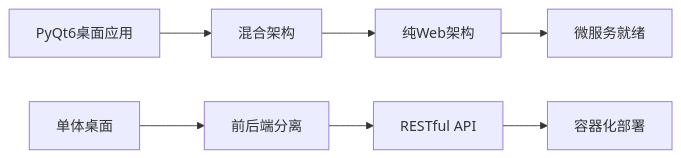
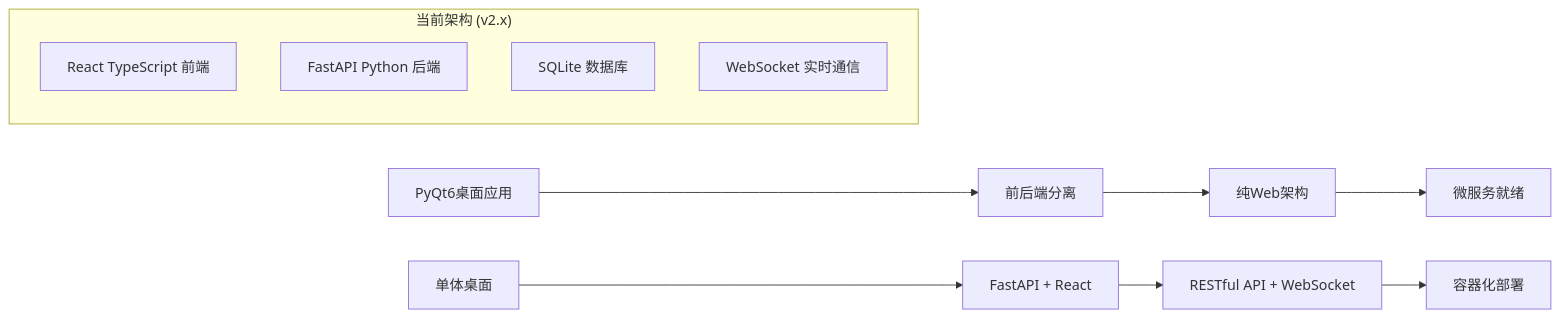
One commit to Jackela/ai_enhanced_pdf_scholar changed the sixth of 9 diagrams in PROJECT_DOCS.md. Above: the diagram before and after it, drawn with Mermaid. The commit also changed other lines of this file and 9 other files, not shown here.

````diff
--- a/PROJECT_DOCS.md
+++ b/PROJECT_DOCS.md
@@ -480,10 +480,17 @@
 ```mermaid
 graph LR
-    A[PyQt6桌面应用] --> B[混合架构]
+    A[PyQt6桌面应用] --> B[前后端分离]
     B --> C[纯Web架构]
     C --> D[微服务就绪]
     
-    A1[单体桌面] --> B1[前后端分离]
-    B1 --> C1[RESTful API]
+    A1[单体桌面] --> B1[FastAPI + React]
+    B1 --> C1[RESTful API + WebSocket]
     C1 --> D1[容器化部署]
+    
+    subgraph "当前架构 (v2.x)"
+        E[React TypeScript 前端]
+        F[FastAPI Python 后端]
+        G[SQLite 数据库]
+        H[WebSocket 实时通信]
+    end
 ```
````
